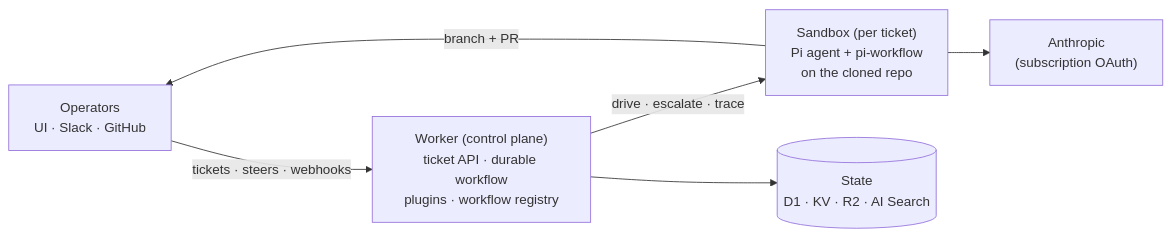
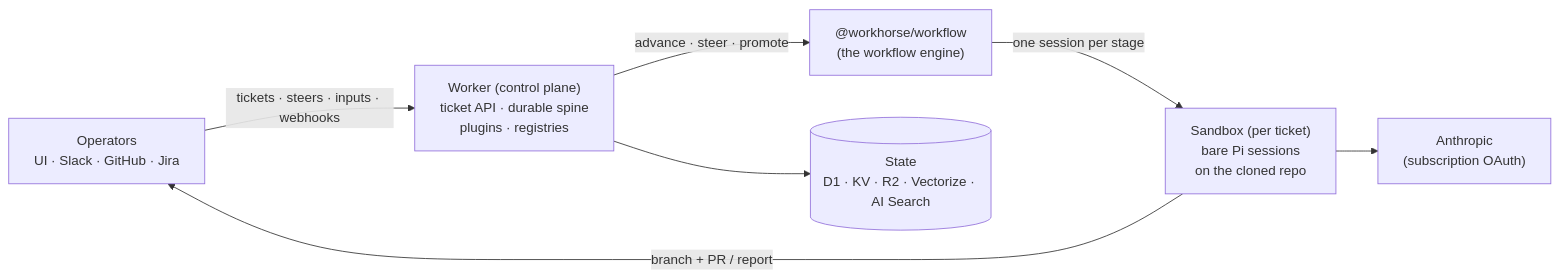
One commit to StevenJPx2/workhorse changed the diagram in README.md. Above: the diagram before and after it, drawn with Mermaid. The commit also changed other lines of this file and 1 other file, not shown here.

First line of the commit message:
docs: README — engine-era architecture

````diff
--- a/README.md
+++ b/README.md
@@ -10,14 +10,16 @@
 ```mermaid
 flowchart LR
-    OPS["Operators<br/>UI · Slack · GitHub"]
-    WORKER["Worker (control plane)<br/>ticket API · durable workflow<br/>plugins · workflow registry"]
-    SANDBOX["Sandbox (per ticket)<br/>Pi agent + pi-workflow<br/>on the cloned repo"]
-    STATE[("State<br/>D1 · KV · R2 · AI Search")]
+    OPS["Operators<br/>UI · Slack · GitHub · Jira"]
+    WORKER["Worker (control plane)<br/>ticket API · durable spine<br/>plugins · registries"]
+    ENGINE["@workhorse/workflow<br/>(the workflow engine)"]
+    SANDBOX["Sandbox (per ticket)<br/>bare Pi sessions<br/>on the cloned repo"]
+    STATE[("State<br/>D1 · KV · R2 · Vectorize · AI Search")]
     LLM["Anthropic<br/>(subscription OAuth)"]
 
-    OPS -->|"tickets · steers · webhooks"| WORKER
-    WORKER -->|"drive · escalate · trace"| SANDBOX
+    OPS -->|"tickets · steers · inputs · webhooks"| WORKER
+    WORKER -->|"advance · steer · promote"| ENGINE
+    ENGINE -->|"one session per stage"| SANDBOX
     WORKER --> STATE
     SANDBOX --> LLM
-    SANDBOX -->|"branch + PR"| OPS
+    SANDBOX -->|"branch + PR / report"| OPS
 ```
````
